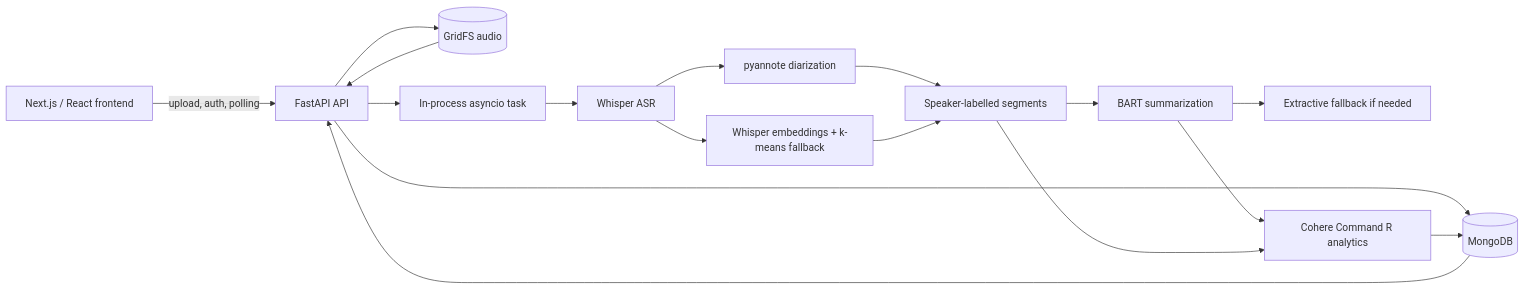
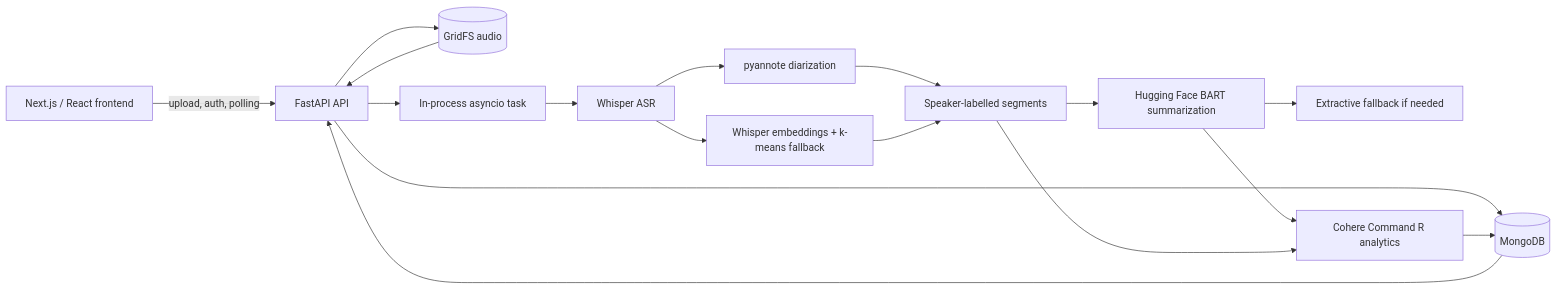
The diagram in README.md (Doraemon012/Recapit), drawn with Mermaid before and after one commit. The commit also changed other lines of this file and 11 other files, not shown here.

````diff
--- a/README.md
+++ b/README.md
@@ -48,19 +48,19 @@
 ```mermaid
 flowchart LR
     UI[Next.js / React frontend] -->|upload, auth, polling| API[FastAPI API]
     API --> DB[(MongoDB)]
     API --> FS[(GridFS audio)]
     API --> TASK[In-process asyncio task]
     TASK --> ASR[Whisper ASR]
     ASR --> DIA[pyannote diarization]
     ASR --> EMB[Whisper embeddings + k-means fallback]
     DIA --> SEG[Speaker-labelled segments]
     EMB --> SEG
-    SEG --> SUM[BART summarization]
+    SEG --> SUM[Hugging Face BART summarization]
     SUM --> EXT[Extractive fallback if needed]
     SUM --> LLM[Cohere Command R analytics]
     SEG --> LLM
     LLM --> DB
     DB --> API
     FS --> API
 ```
````
